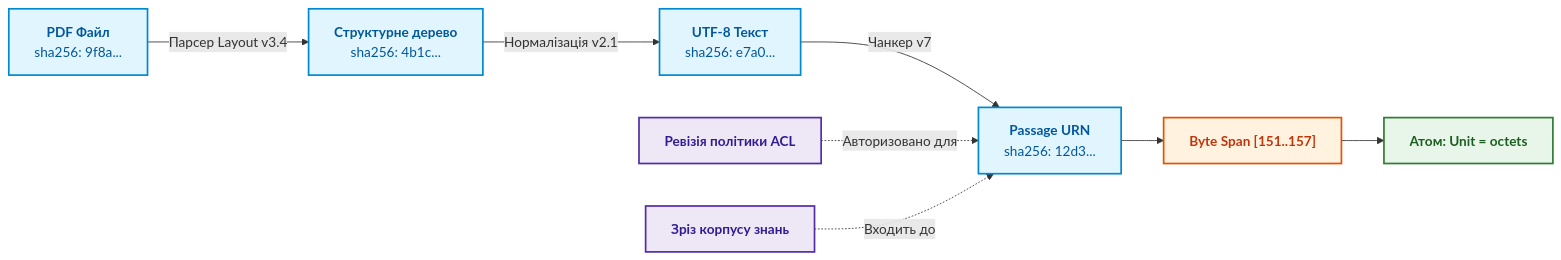
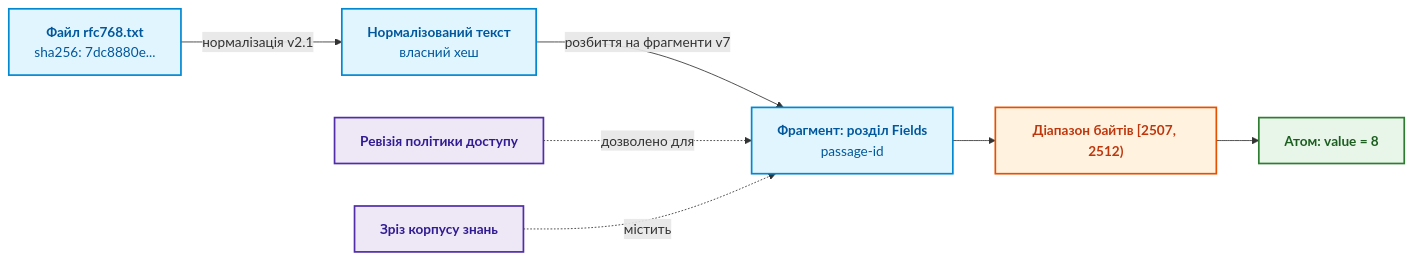
The fifth of 7 diagrams in ExpertSystem/ch19-from-question-to-evidence.md (nick-fedchik/articles), drawn with Mermaid before and after one commit. The commit also changed other lines of this file, not shown here.

````diff
--- a/ExpertSystem/ch19-from-question-to-evidence.md
+++ b/ExpertSystem/ch19-from-question-to-evidence.md
@@ -248,24 +382,23 @@
 ```mermaid
 flowchart LR
-    accTitle: Модель походження W3C PROV-O від PDF файлу до атома знань
-    accDescr: Трансформація первинного PDF-документа через парсер, нормалізатор, чанкер до точного байтового діапазону атома.
+    accTitle: Походження атома знань від файлу RFC 768
+    accDescr: Текстовий файл RFC 768 проходить нормалізацію й розбиття на фрагменти, а атом-значення спирається на точний діапазон байтів фрагмента; політика доступу й зріз корпусу також пов'язані з фрагментом.
 
-    D0["<b>PDF Файл</b><br/>sha256: 9f8a..."] -->|"Парсер Layout v3.4"| D1["<b>Структурне дерево</b><br/>sha256: 4b1c..."]
-    D1 -->|"Нормалізація v2.1"| D2["<b>UTF-8 Текст</b><br/>sha256: e7a0..."]
-    D2 -->|"Чанкер v7"| P["<b>Passage URN</b><br/>sha256: 12d3..."]
-    P --> S["<b>Byte Span [151..157]</b>"]
-    S --> A["<b>Атом: Unit = octets</b>"]
+    D0["<b>Файл rfc768.txt</b><br/>sha256: 7dc8880e..."] -->|"нормалізація v2.1"| D2["<b>Нормалізований текст</b><br/>власний хеш"]
+    D2 -->|"розбиття на фрагменти v7"| P["<b>Фрагмент: розділ Fields</b><br/>passage-id"]
+    P --> S["<b>Діапазон байтів [2507, 2512)</b>"]
+    S --> A["<b>Атом: value = 8</b>"]
 
-    POL["<b>Ревізія політики ACL</b>"] -.->|"Авторизовано для"| P
-    CORP["<b>Зріз корпусу знань</b>"] -.->|"Входить до"| P
+    POL["<b>Ревізія політики доступу</b>"] -.->|"дозволено для"| P
+    CORP["<b>Зріз корпусу знань</b>"] -.->|"містить"| P
 
     classDef art fill:#e1f5fe,stroke:#0288d1,stroke-width:2px,color:#01579b;
     classDef span fill:#fff3e0,stroke:#e65100,stroke-width:2px,color:#bf360c;
     classDef atom fill:#e8f5e9,stroke:#2e7d32,stroke-width:2px,color:#1b5e20;
     classDef gov fill:#ede7f6,stroke:#512da8,stroke-width:2px,color:#311b92;
 
-    class D0,D1,D2,P art;
+    class D0,D2,P art;
     class S span;
     class A atom;
     class POL,CORP gov;
 ```
````
